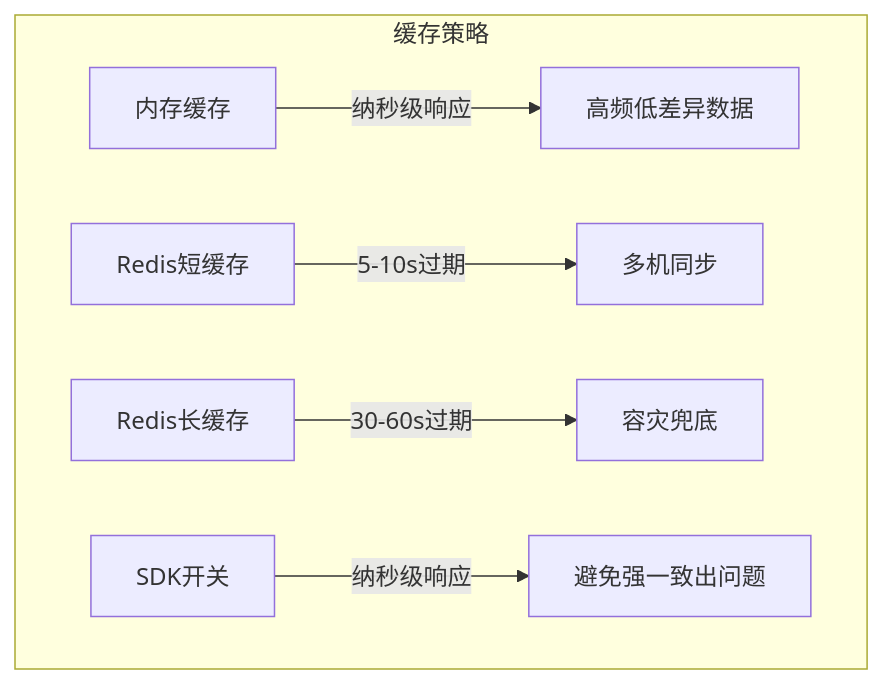
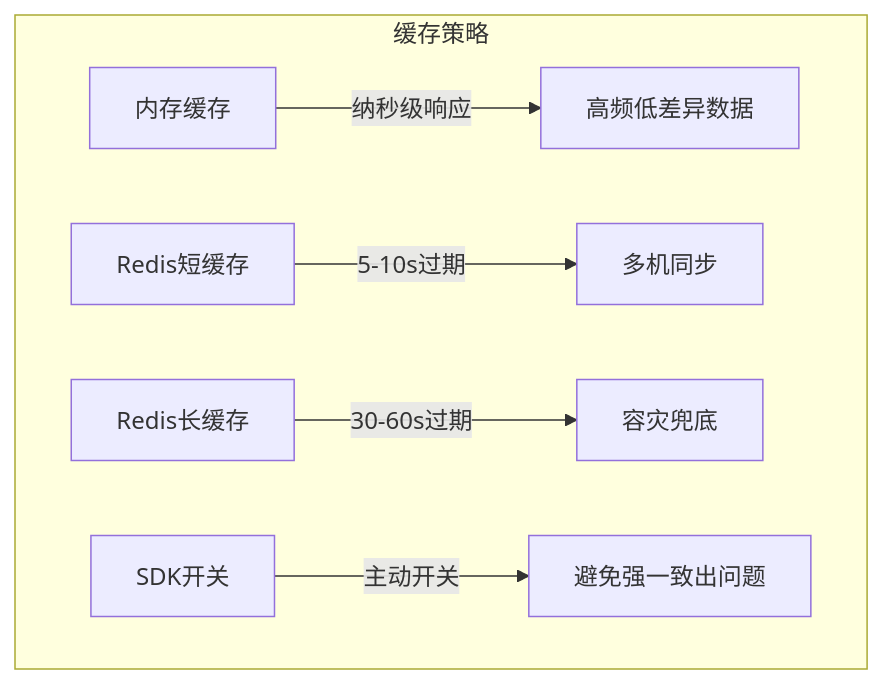
Before and after one commit to ConserveLee/go-login: the second of 5 diagrams in README.md, drawn with Mermaid. The commit also changed other lines of this file, not shown here.

````diff
--- a/README.md
+++ b/README.md
@@ -38,9 +39,9 @@
 ```mermaid
 graph TB
     subgraph 缓存策略
         A[内存缓存] -->|纳秒级响应| B[高频低差异数据]
         C[Redis短缓存] -->|5-10s过期| D[多机同步]
         E[Redis长缓存] -->|30-60s过期| F[容灾兜底]
-        G[SDK开关]-->|纳秒级响应| H[避免强一致出问题]
+        G[SDK开关]-->|主动开关| H[避免强一致出问题]
     end
 ```
````
